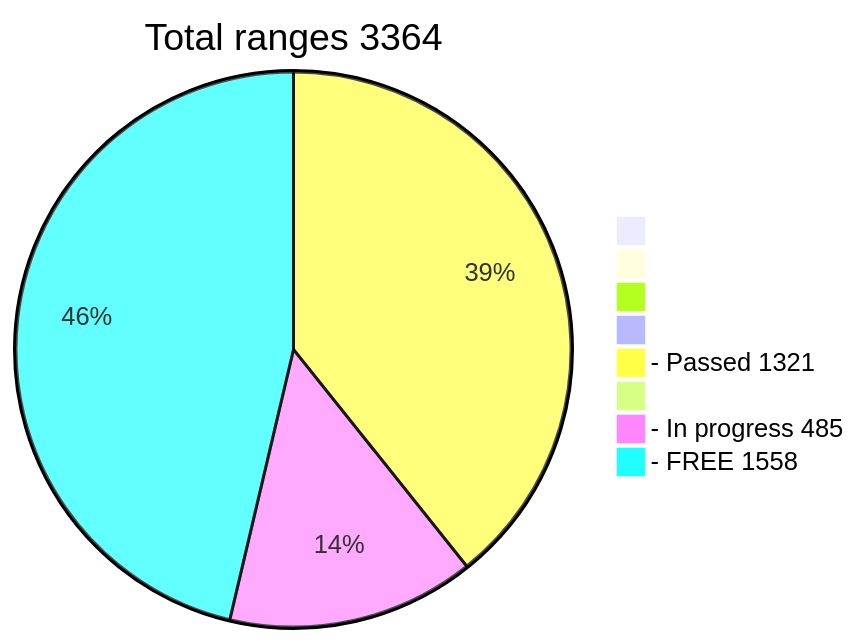
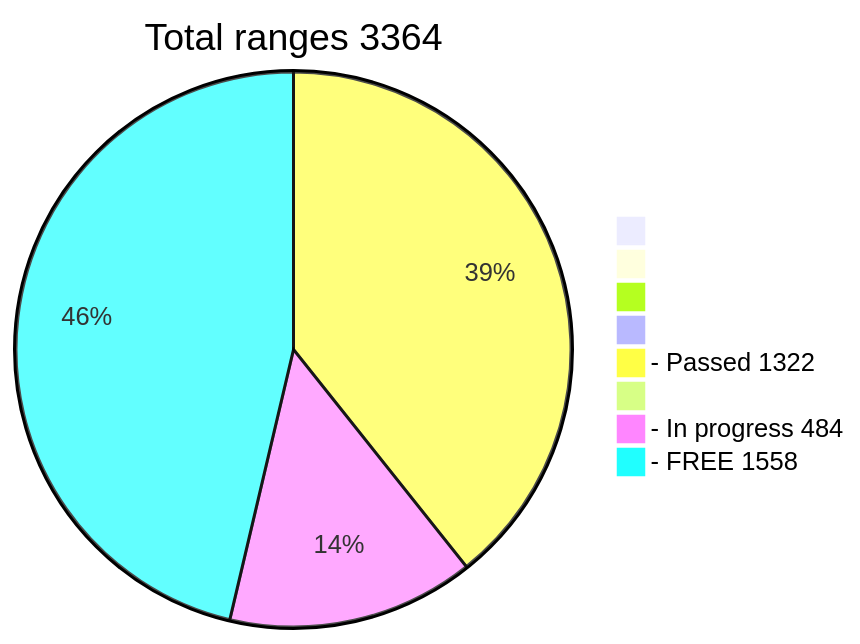
The diagram in README.md (phrutis/wif500), drawn with Mermaid before and after one commit.

````diff
--- a/README.md
+++ b/README.md
@@ -16,12 +16,12 @@
 ```mermaid
 pie title Total ranges 3364
              " " : 0
             "  " : 0
            "   " : 0
           "    " : 0
-  "- Passed 1321" : 1321
+  "- Passed 1322" : 1322
          "     " : 0
-  "- In progress 485" : 485
+  "- In progress 484" : 484
    "- FREE 1558" : 1558
    
 ```
````
